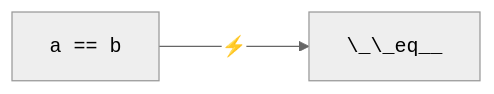
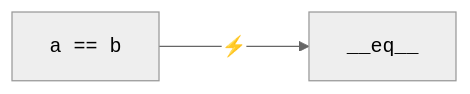
One commit to sdelquin/aprendepython changed the first of 2 diagrams in docs/core/modularity/oop.md. Above: the diagram before and after it, drawn with Mermaid (neutral theme).

````diff
--- a/docs/core/modularity/oop.md
+++ b/docs/core/modularity/oop.md
@@ -741,4 +741,4 @@
 ```mermaid
 flowchart LR
-    code["<tt>a == b</tt>"] --->|⚡| eq["<tt>\_\_eq__</tt>"]
+    code["<tt>a == b</tt>"] --->|⚡| eq["<tt>__eq__</tt>"]
 ```
````
